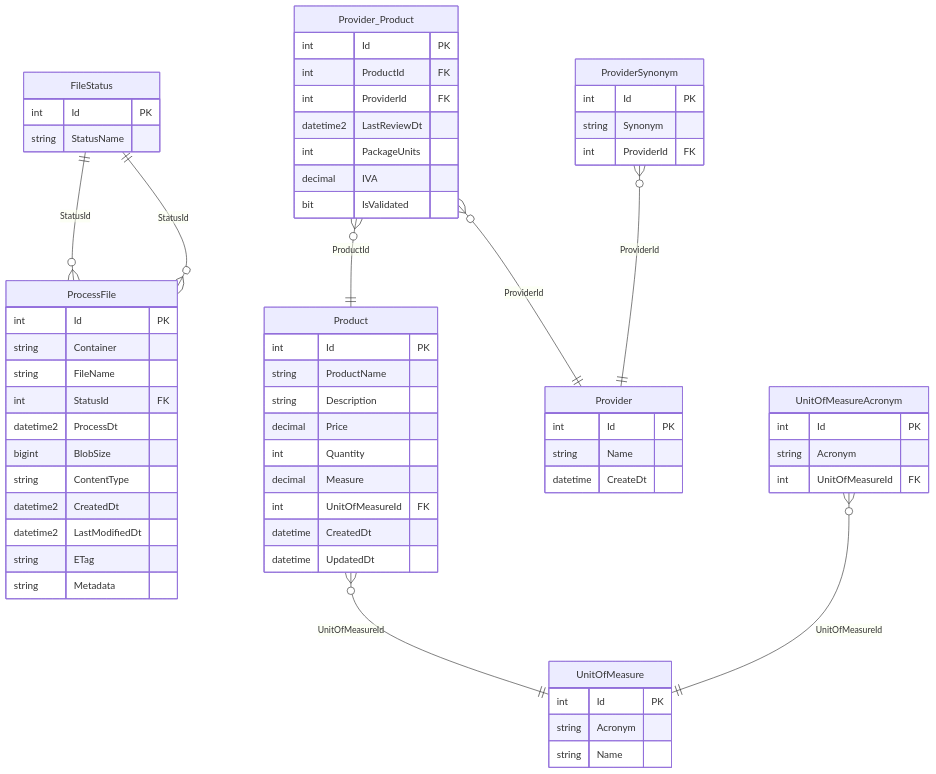
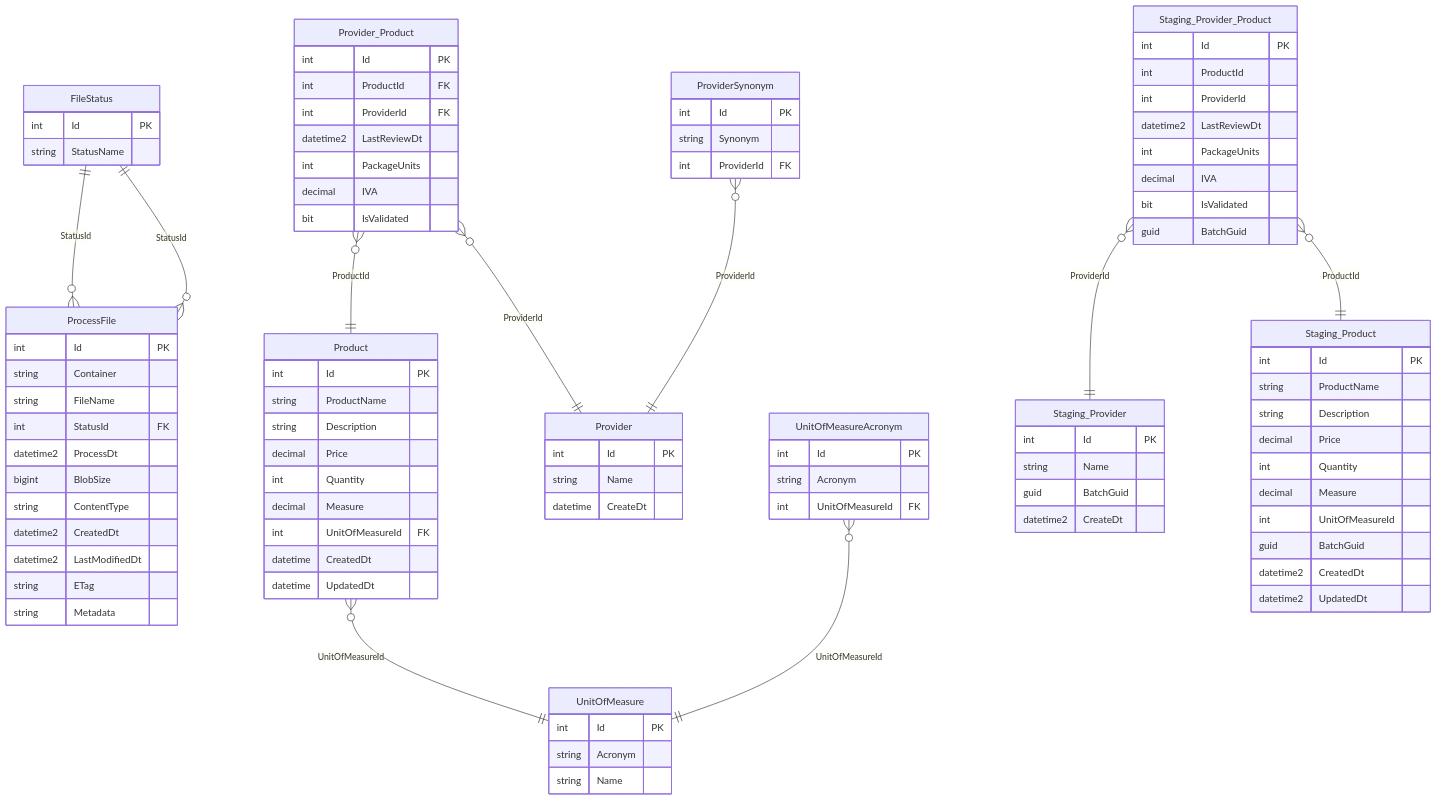
Before and after one commit to JulianSalinas/aquiles-etl-pipeline: the diagram in database_schema.mmd, drawn with Mermaid.

Commit message:
Update database schema

```diff
--- a/database_schema.mmd
+++ b/database_schema.mmd
@@ -1,73 +1,109 @@
 erDiagram
     FileStatus {
         int Id PK
         string StatusName
     }
 
     ProcessFile {
         int Id PK
         string Container
         string FileName
         int StatusId FK
         datetime2 ProcessDt
         bigint BlobSize
         string ContentType
         datetime2 CreatedDt
         datetime2 LastModifiedDt
         string ETag
         string Metadata
     }
 
     Product {
         int Id PK
         string ProductName
         string Description
         decimal Price
         int Quantity
         decimal Measure
         int UnitOfMeasureId FK
         datetime CreatedDt
         datetime UpdatedDt
     }
 
     Provider {
         int Id PK
         string Name
         datetime CreateDt
     }
 
     Provider_Product {
         int Id PK
         int ProductId FK
         int ProviderId FK
         datetime2 LastReviewDt
         int PackageUnits
         decimal IVA
         bit IsValidated
     }
 
     UnitOfMeasure {
         int Id PK
         string Acronym
         string Name
     }
 
     ProviderSynonym {
         int Id PK
         string Synonym
         int ProviderId FK
     }
 
     UnitOfMeasureAcronym {
         int Id PK
         string Acronym
         int UnitOfMeasureId FK
     }
 
     FileStatus ||--o{ ProcessFile : "StatusId"
     ProcessFile }o--|| FileStatus : "StatusId"
     Product }o--|| UnitOfMeasure : "UnitOfMeasureId"
     Provider_Product }o--|| Product : "ProductId"
     Provider_Product }o--|| Provider : "ProviderId"
     ProviderSynonym }o--|| Provider : "ProviderId"
     UnitOfMeasureAcronym }o--|| UnitOfMeasure : "UnitOfMeasureId"
+
+    %% Staging tables
+    Staging_Provider {
+        int Id PK
+        string Name
+        guid BatchGuid
+        datetime2 CreateDt
+    }
+
+    Staging_Product {
+        int Id PK
+        string ProductName
+        string Description
+        decimal Price
+        int Quantity
+        decimal Measure
+        int UnitOfMeasureId
+        guid BatchGuid
+        datetime2 CreatedDt
+        datetime2 UpdatedDt
+    }
+
+    Staging_Provider_Product {
+        int Id PK
+        int ProductId
+        int ProviderId
+        datetime2 LastReviewDt
+        int PackageUnits
+        decimal IVA
+        bit IsValidated
+        guid BatchGuid
+    }
+
+    %% Relationships for staging tables (no FKs, but logical links)
+    Staging_Provider_Product }o--|| Staging_Product : "ProductId"
+    Staging_Provider_Product }o--|| Staging_Provider : "ProviderId"
```
